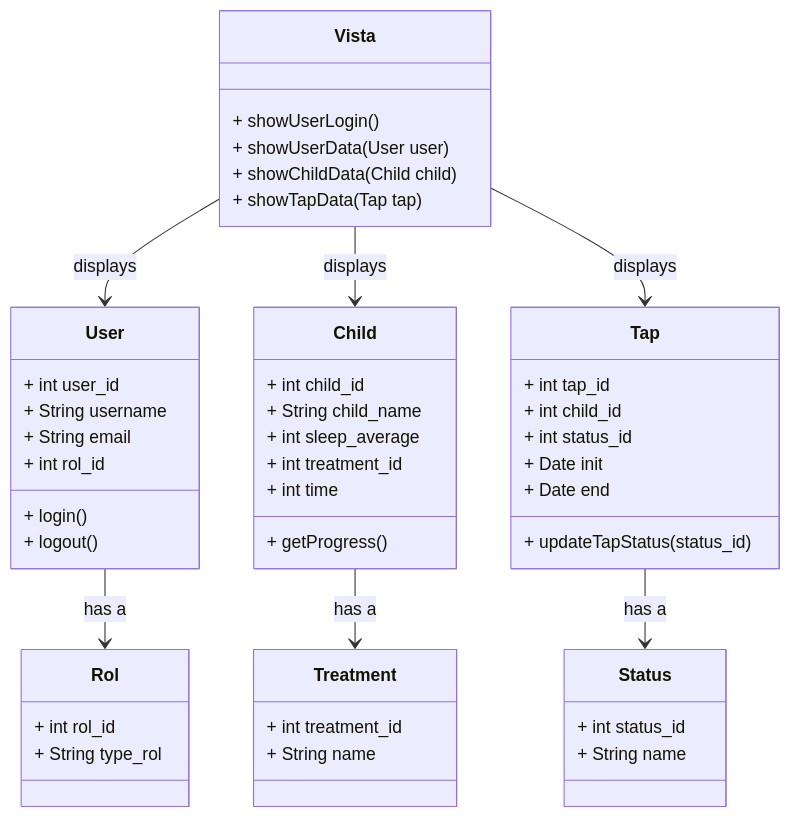
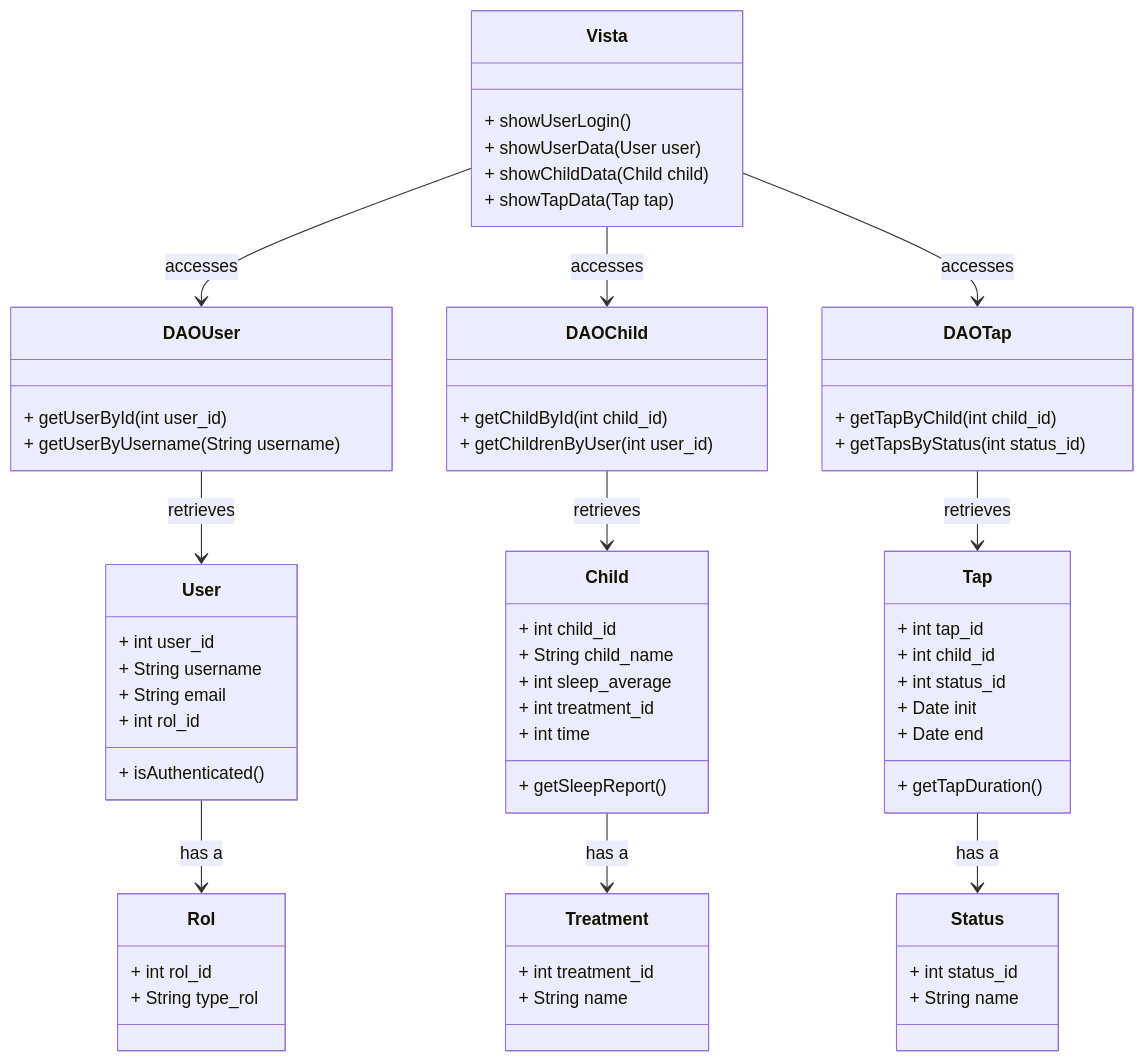
One commit to atlas-74/tapatapp changed the diagram in charts/Front-end/DiagramaClassesFront-end.mermaid. Above: the diagram before and after it, drawn with Mermaid.

```diff
--- a/charts/Front-end/DiagramaClassesFront-end.mermaid
+++ b/charts/Front-end/DiagramaClassesFront-end.mermaid
@@ -1,57 +1,75 @@
 classDiagram
     class Vista {
         + showUserLogin()
         + showUserData(User user)
         + showChildData(Child child)
         + showTapData(Tap tap)
     }
 
+    class DAOUser {
+        + getUserById(int user_id)
+        + getUserByUsername(String username)
+    }
+
+    class DAOChild {
+        + getChildById(int child_id)
+        + getChildrenByUser(int user_id)
+    }
+
+    class DAOTap {
+        + getTapByChild(int child_id)
+        + getTapsByStatus(int status_id)
+    }
+
     class User {
         + int user_id
         + String username
         + String email
         + int rol_id
-        + login()
-        + logout()
+        + isAuthenticated()
     }
 
     class Child {
         + int child_id
         + String child_name
         + int sleep_average
         + int treatment_id
         + int time
-        + getProgress()
+        + getSleepReport()
     }
 
     class Tap {
         + int tap_id
         + int child_id
         + int status_id
         + Date init
         + Date end
-        + updateTapStatus(status_id)
+        + getTapDuration()
     }
 
     class Rol {
         + int rol_id
         + String type_rol
     }
 
     class Status {
         + int status_id
         + String name
     }
 
     class Treatment {
         + int treatment_id
         + String name
     }
 
-    Vista --> User : displays
-    Vista --> Child : displays
-    Vista --> Tap : displays
+    Vista --> DAOUser : accesses
+    Vista --> DAOChild : accesses
+    Vista --> DAOTap : accesses
+
+    DAOUser --> User : retrieves
+    DAOChild --> Child : retrieves
+    DAOTap --> Tap : retrieves
 
     User --> Rol : has a
     Tap --> Status : has a
     Child --> Treatment : has a
```
